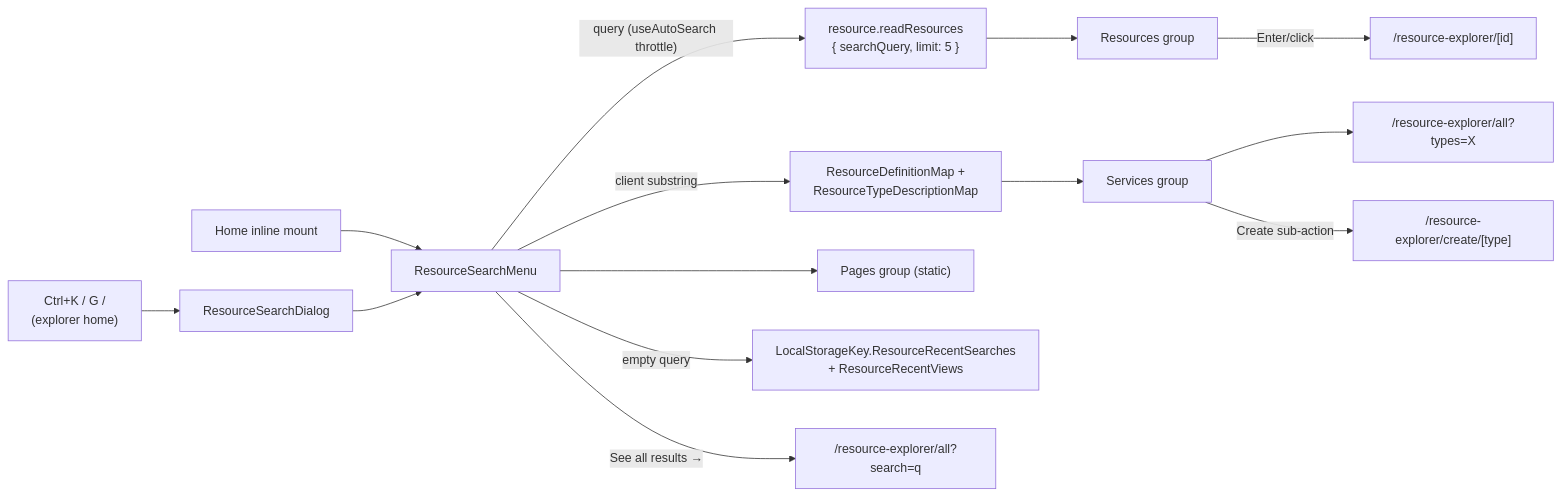
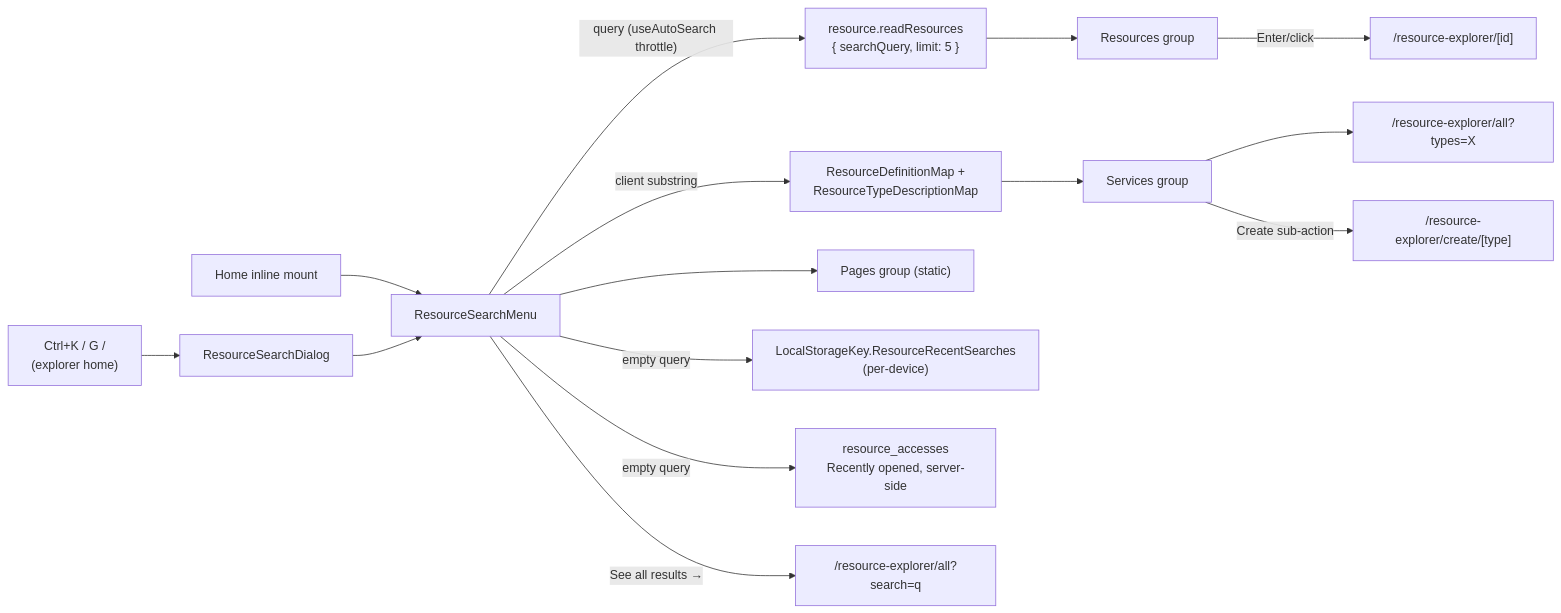
Before and after one commit to Esposter/Esposter: the diagram in packages/app/content/docs/platform/global-search.md, drawn with Mermaid. The commit also changed other lines of this file and 76 other files, not shown here.

````diff
--- a/packages/app/content/docs/platform/global-search.md
+++ b/packages/app/content/docs/platform/global-search.md
@@ -12,15 +12,16 @@
 ```mermaid
 flowchart LR
   HOME["Home inline mount"] --> SM["ResourceSearchMenu"]
   CK["Ctrl+K / G /<br/>(explorer home)"] --> DLG["ResourceSearchDialog"] --> SM
 
   SM -->|"query (useAutoSearch throttle)"| RR["resource.readResources<br/>{ searchQuery, limit: 5 }"] --> RG["Resources group"]
   SM -->|client substring| RDM["ResourceDefinitionMap +<br/>ResourceTypeDescriptionMap"] --> SG["Services group"]
   SM --> PG["Pages group (static)"]
-  SM -->|empty query| LS["LocalStorageKey.ResourceRecentSearches<br/>+ ResourceRecentViews"]
+  SM -->|empty query| LS["LocalStorageKey.ResourceRecentSearches<br/>(per-device)"]
+  SM -->|empty query| ACC["resource_accesses<br/>Recently opened, server-side"]
 
   RG -->|Enter/click| RES["/resource-explorer/[id]"]
   SG --> ALLT["/resource-explorer/all?types=X"]
   SG -->|Create sub-action| CT["/resource-explorer/create/[type]"]
   SM -->|"See all results →"| ALL["/resource-explorer/all?search=q"]
 ```
````
